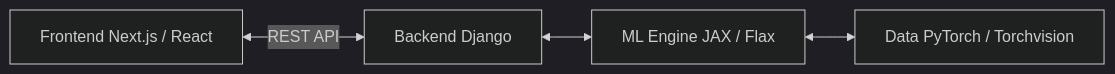
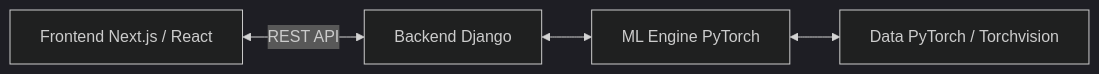
Before and after one commit to arththakkar1/signal-scope-web-app: the diagram in doc/reference/technology-stack.md, drawn with Mermaid (dark theme). The commit also changed other lines of this file, not shown here.

Commit message:
docs: update technology-stack with PyTorch and Next.js

````diff
--- a/doc/reference/technology-stack.md
+++ b/doc/reference/technology-stack.md
@@ -19,6 +18,6 @@
 ```mermaid
 flowchart LR
     A[Frontend Next.js / React] <-->|REST API| B[Backend Django]
-    B <--> C[ML Engine JAX / Flax]
+    B <--> C[ML Engine PyTorch]
     C <--> D[Data PyTorch / Torchvision]
 ```
````
